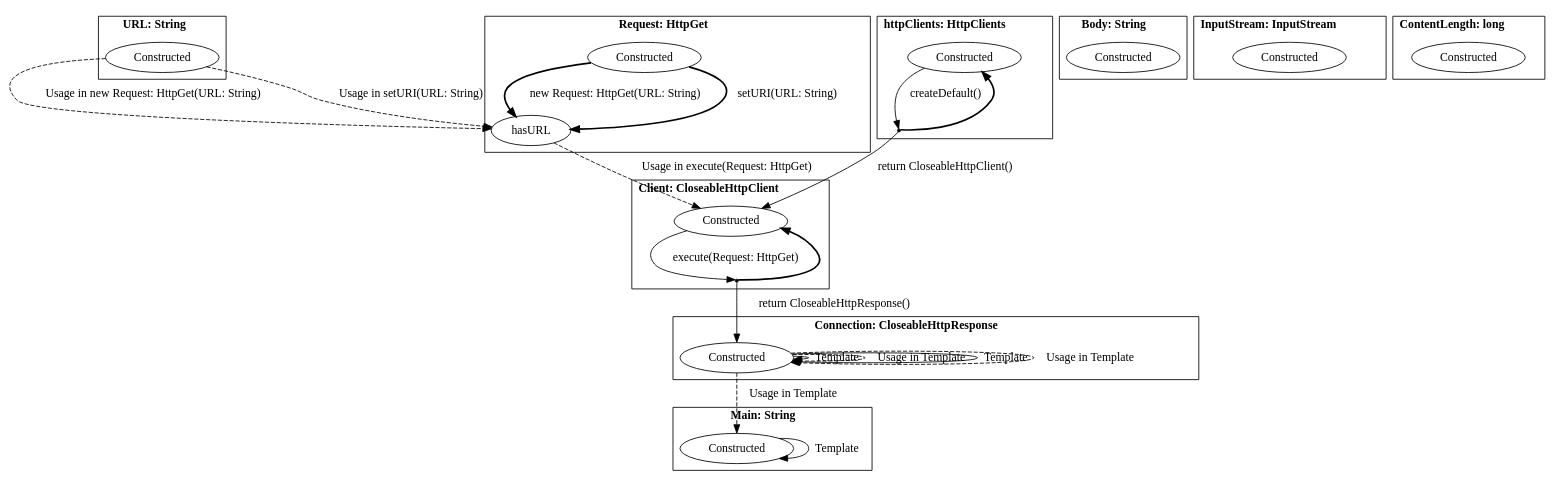
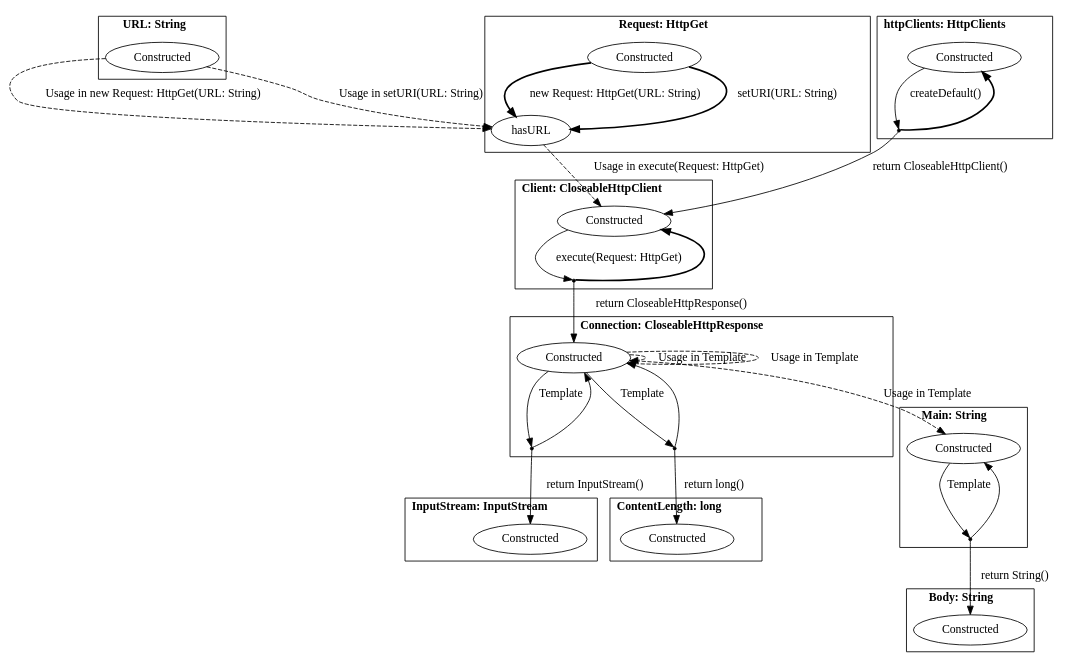
Before and after one commit to h31/LibraryMigration: the diagram in apache.dot, drawn with Graphviz. The commit also changed 3 other files, not shown here.

```diff
--- a/apache.dot
+++ b/apache.dot
@@ -1,58 +1,67 @@
 digraph G {
     subgraph cluster0 {
     label = <<B>URL: String</B>>;
         Constructed_URL [ label="Constructed" ];
     }
     subgraph cluster1 {
     label = <<B>Request: HttpGet</B>>;
         Constructed_Request [ label="Constructed" ];
         hasURL_Request [ label="hasURL" ];
     }
     subgraph cluster2 {
     label = <<B>Client: CloseableHttpClient</B>>;
         Constructed_Client [ label="Constructed" ];
         virtual0 [ shape = point ];
     }
     subgraph cluster3 {
     label = <<B>Connection: CloseableHttpResponse</B>>;
         Constructed_Connection [ label="Constructed" ];
+        virtual1 [ shape = point ];
+        virtual2 [ shape = point ];
     }
     subgraph cluster4 {
     label = <<B>Body: String</B>>;
         Constructed_Body [ label="Constructed" ];
     }
     subgraph cluster5 {
     label = <<B>httpClients: HttpClients</B>>;
         Constructed_httpClients [ label="Constructed" ];
-        virtual1 [ shape = point ];
+        virtual3 [ shape = point ];
     }
     subgraph cluster6 {
     label = <<B>Main: String</B>>;
         Constructed_Main [ label="Constructed" ];
+        virtual4 [ shape = point ];
     }
     subgraph cluster7 {
     label = <<B>InputStream: InputStream</B>>;
         Constructed_InputStream [ label="Constructed" ];
     }
     subgraph cluster8 {
     label = <<B>ContentLength: long</B>>;
         Constructed_ContentLength [ label="Constructed" ];
     }
         Constructed_URL -> hasURL_Request [ label="Usage in new Request: HttpGet(URL: String)", style = "dashed"  ];
         Constructed_URL -> hasURL_Request [ label="Usage in setURI(URL: String)", style = "dashed"  ];
         Constructed_Request -> hasURL_Request [ label="new Request: HttpGet(URL: String)", style = "bold"  ];
         Constructed_Request -> hasURL_Request [ label="setURI(URL: String)", style = "bold"  ];
         hasURL_Request -> Constructed_Client [ label="Usage in execute(Request: HttpGet)", style = "dashed"  ];
         Constructed_Client -> virtual0 [ label="execute(Request: HttpGet)"  ];
         virtual0 -> Constructed_Client [ style = "bold"  ];
         virtual0 -> Constructed_Connection [ label="return CloseableHttpResponse()"  ];
         Constructed_Connection -> Constructed_Main [ label="Usage in Template", style = "dashed"  ];
-        Constructed_Connection -> Constructed_Connection [ label="Template", style = "solid"  ];
+        Constructed_Connection -> virtual1 [ label="Template"  ];
+        virtual1 -> Constructed_Connection [ style = "solid"  ];
+        virtual1 -> Constructed_InputStream [ label="return InputStream()"  ];
         Constructed_Connection -> Constructed_Connection [ label="Usage in Template", style = "dashed"  ];
-        Constructed_Connection -> Constructed_Connection [ label="Template", style = "solid"  ];
+        Constructed_Connection -> virtual2 [ label="Template"  ];
+        virtual2 -> Constructed_Connection [ style = "solid"  ];
+        virtual2 -> Constructed_ContentLength [ label="return long()"  ];
         Constructed_Connection -> Constructed_Connection [ label="Usage in Template", style = "dashed"  ];
-        Constructed_httpClients -> virtual1 [ label="createDefault()"  ];
-        virtual1 -> Constructed_httpClients [ style = "bold"  ];
-        virtual1 -> Constructed_Client [ label="return CloseableHttpClient()"  ];
-        Constructed_Main -> Constructed_Main [ label="Template", style = "solid"  ];
+        Constructed_httpClients -> virtual3 [ label="createDefault()"  ];
+        virtual3 -> Constructed_httpClients [ style = "bold"  ];
+        virtual3 -> Constructed_Client [ label="return CloseableHttpClient()"  ];
+        Constructed_Main -> virtual4 [ label="Template"  ];
+        virtual4 -> Constructed_Main [ style = "solid"  ];
+        virtual4 -> Constructed_Body [ label="return String()"  ];
 }
```
